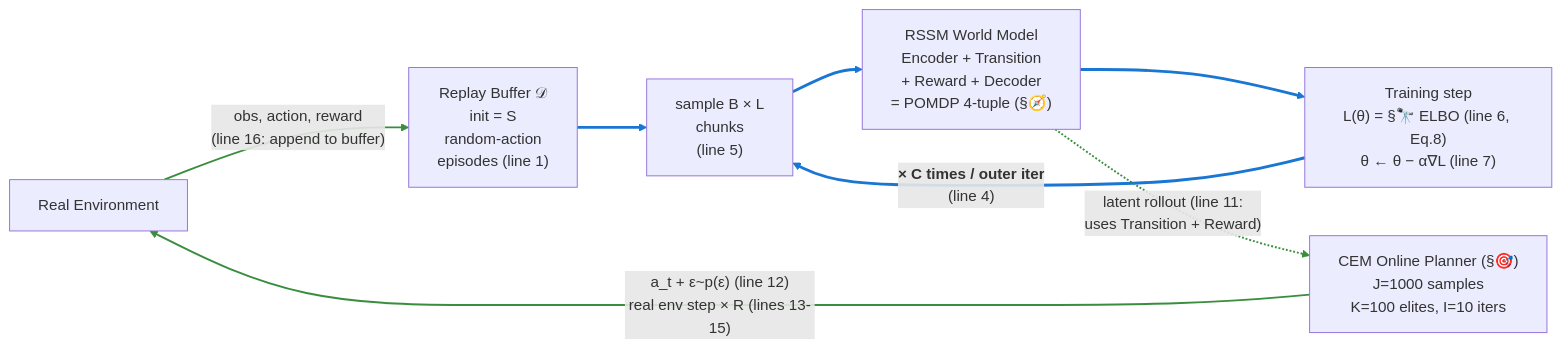
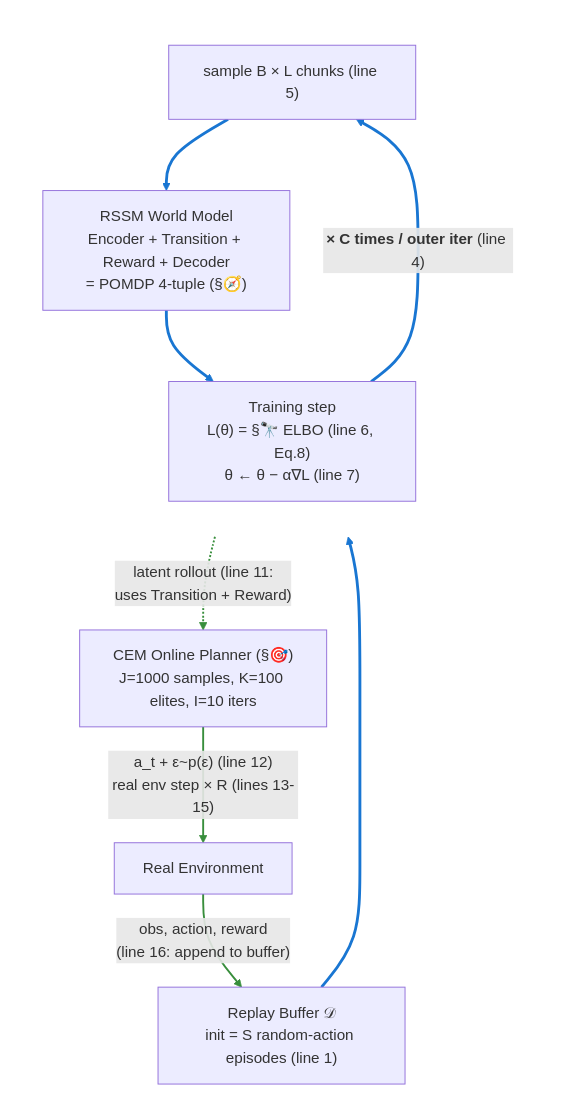
One commit to jinxinzhou/world-model-study changed the seventh of 7 diagrams in World-Model-Study-Notes.md. Above: the diagram before and after it, drawn with Mermaid. The commit also changed other lines of this file and 1 other file, not shown here.

Commit message:
docs: revert bird's-eye mermaid to vertical TD, bump image to 780px

````diff
--- a/World-Model-Study-Notes.md
+++ b/World-Model-Study-Notes.md
@@ -2168,25 +2168,32 @@
 ```mermaid
-flowchart LR
+flowchart TD
     Env["Real Environment"]
-    Buffer["Replay Buffer 𝒟<br/>init = S<br/>random-action<br/>episodes (line 1)"]
-    Sample["sample B × L<br/>chunks<br/>(line 5)"]
-    RSSM["RSSM World Model<br/>Encoder + Transition<br/>+ Reward + Decoder<br/>= POMDP 4-tuple (§🧭)"]
-    Train["Training step<br/>L(θ) = §🔭 ELBO (line 6, Eq.8)<br/>θ ← θ − α∇L (line 7)"]
-    CEM["CEM Online Planner (§🎯)<br/>J=1000 samples<br/>K=100 elites, I=10 iters"]
+    Buffer["Replay Buffer 𝒟<br/>init = S random-action episodes (line 1)"]
+
+    subgraph A_phase [" "]
+        direction TB
+        Sample["sample B × L chunks (line 5)"]
+        RSSM["RSSM World Model<br/>Encoder + Transition + Reward + Decoder<br/>= POMDP 4-tuple (§🧭)"]
+        Train["Training step<br/>L(θ) = §🔭 ELBO (line 6, Eq.8)<br/>θ ← θ − α∇L (line 7)"]
+        Train -->|"<b>× C times / outer iter</b> (line 4)"| Sample
+        Sample --> RSSM
+        RSSM --> Train
+    end
+
+    CEM["CEM Online Planner (§🎯)<br/>J=1000 samples, K=100 elites, I=10 iters"]
 
     Env -->|"obs, action, reward<br/>(line 16: append to buffer)"| Buffer
     Buffer --> Sample
-    Sample --> RSSM
-    RSSM --> Train
-    Train -->|"<b>× C times / outer iter</b><br/>(line 4)"| Sample
     RSSM -.->|"latent rollout (line 11:<br/>uses Transition + Reward)"| CEM
     CEM -->|"a_t + ε~p(ε) (line 12)<br/>real env step × R (lines 13-15)"| Env
 
-    linkStyle 0 stroke:#388e3c,stroke-width:2px
+    style A_phase fill:transparent,stroke:transparent
+
+    linkStyle 0 stroke:#1976d2,stroke-width:3px
     linkStyle 1 stroke:#1976d2,stroke-width:3px
     linkStyle 2 stroke:#1976d2,stroke-width:3px
-    linkStyle 3 stroke:#1976d2,stroke-width:3px
+    linkStyle 3 stroke:#388e3c,stroke-width:2px
     linkStyle 4 stroke:#1976d2,stroke-width:3px
     linkStyle 5 stroke:#388e3c,stroke-width:2px
     linkStyle 6 stroke:#388e3c,stroke-width:2px
 ```
````
